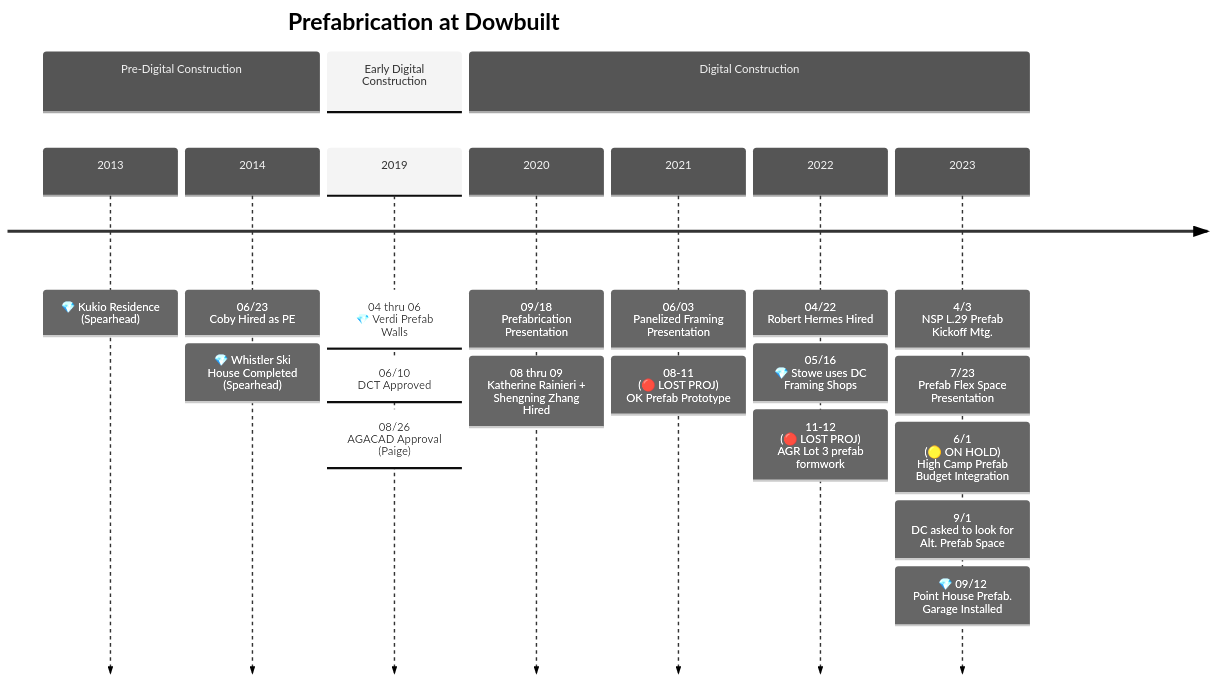
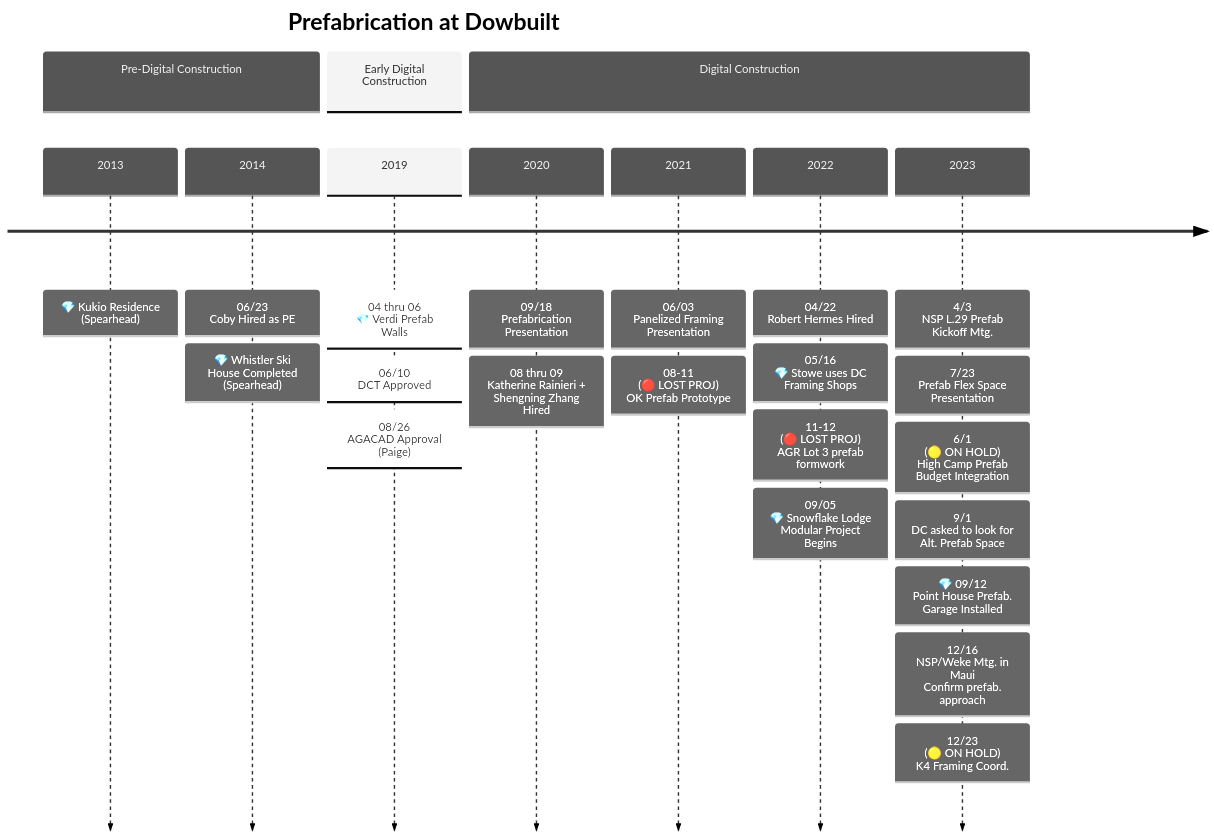
Before and after one commit to cobyiv/notes: the diagram in Prefab_at_Dowbuilt.md, drawn with Mermaid. The commit also changed other lines of this file, not shown here.

````diff
--- a/Prefab_at_Dowbuilt.md
+++ b/Prefab_at_Dowbuilt.md
@@ -5,15 +16,15 @@
 ```mermaid
     %%{init: { 'logLevel': 'debug', 'theme': 'neutral', "graph": {"htmlLabels": true}} }%%
     timeline
         title Prefabrication at Dowbuilt
         section Pre-Digital Construction
           2013 : 💎 Kukio Residence (Spearhead)
           2014 : 06/23 <br> Coby Hired as PE : 💎 Whistler Ski House Completed (Spearhead)
         section Early Digital Construction
           2019 : 04 thru 06 <br> 💎 Verdi Prefab Walls : 06/10 <br> DCT Approved : 08/26 <br> AGACAD Approval (Paige)
         section Digital Construction
           2020 : 09/18 <br> Prefabrication Presentation : 08 thru 09 <br> Katherine Rainieri + Shengning Zhang Hired
           2021 : 06/03 <br> Panelized Framing Presentation : 08-11 <br> (🔴 LOST PROJ) <br> OK Prefab Prototype
-          2022 : 04/22 <br> Robert Hermes Hired : 05/16 <br> 💎 Stowe uses DC Framing Shops : 11-12 <br> (🔴 LOST PROJ) <br> AGR Lot 3 prefab formwork
-          2023 : 4/3 <br> NSP L.29 Prefab Kickoff Mtg. : 7/23 <br> Prefab Flex Space Presentation : 6/1 <br> (🟡 ON HOLD)<br> High Camp Prefab Budget Integration : 9/1 <br> DC asked to look for Alt. Prefab Space : 💎 09/12 <br> Point House Prefab. Garage Installed
+          2022 : 04/22 <br> Robert Hermes Hired : 05/16 <br> 💎 Stowe uses DC Framing Shops : 11-12 <br> (🔴 LOST PROJ) <br> AGR Lot 3 prefab formwork : 09/05 <br> 💎 Snowflake Lodge <br> Modular Project Begins
+          2023 : 4/3 <br> NSP L.29 Prefab Kickoff Mtg. : 7/23 <br> Prefab Flex Space Presentation : 6/1 <br> (🟡 ON HOLD)<br> High Camp Prefab Budget Integration : 9/1 <br> DC asked to look for Alt. Prefab Space : 💎 09/12 <br> Point House Prefab. Garage Installed : 12/16 <br> NSP/Weke Mtg. in Maui <br> Confirm prefab. approach : 12/23 <br> (🟡 ON HOLD) <br> K4 Framing Coord.
 ```
````
